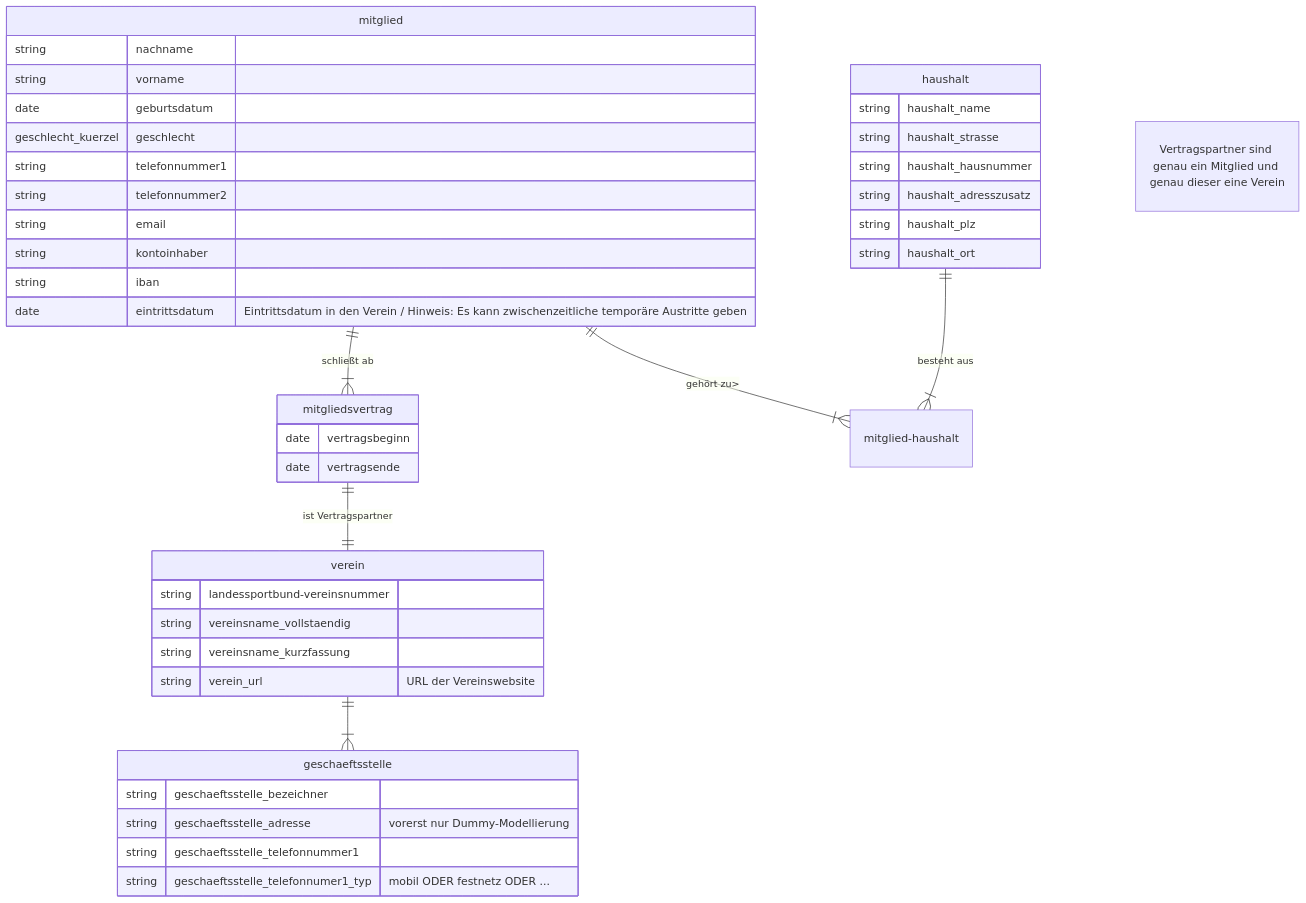
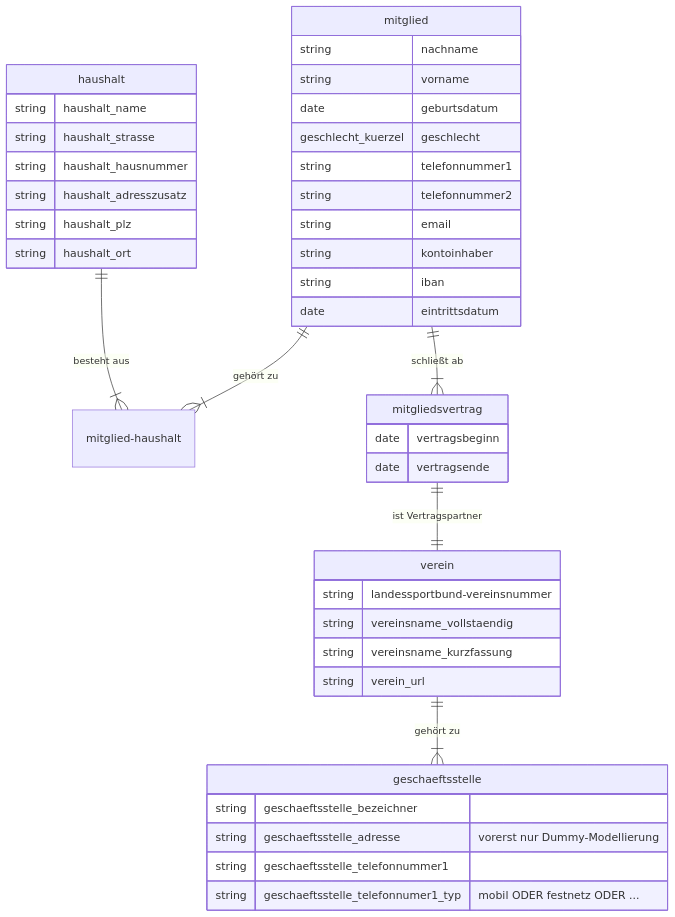
One commit to Lehrstuhl-BWL-EvIS/sportyweb changed the diagram in database-schema/sportyweb-schema.md. Above: the diagram before and after it, drawn with Mermaid.

````diff
--- a/database-schema/sportyweb-schema.md
+++ b/database-schema/sportyweb-schema.md
@@ -28,54 +28,53 @@
 ```mermaid
 erDiagram
+
+          mitglied ||--|{ mitglied-haushalt : "gehört zu"
+          haushalt ||--|{ mitglied-haushalt : "besteht aus"
+          mitglied ||--|{ mitgliedsvertrag : "schließt ab"
+          mitgliedsvertrag ||--|| verein : "ist Vertragspartner"
+          verein ||--|{ geschaeftsstelle : "gehört zu"
+
           mitglied {
             string nachname
             string vorname
             date geburtsdatum
             geschlecht_kuerzel geschlecht
             string telefonnummer1
             string telefonnummer2
             string email
             string kontoinhaber
             string iban
-            date eintrittsdatum "Eintrittsdatum in den Verein / Hinweis: Es kann zwischenzeitliche temporäre Austritte geben"
+            date eintrittsdatum 
           }
 
           haushalt {
             string haushalt_name
             string haushalt_strasse
             string haushalt_hausnummer
             string haushalt_adresszusatz
             string haushalt_plz
             string haushalt_ort
           }
 
           mitgliedsvertrag {
             date vertragsbeginn
             date vertragsende
           }
 
           verein {
             string landessportbund-vereinsnummer
             string vereinsname_vollstaendig
             string vereinsname_kurzfassung
-            string verein_url "URL der Vereinswebsite"
+            string verein_url
           }
 
           geschaeftsstelle {
             string geschaeftsstelle_bezeichner
             string geschaeftsstelle_adresse "vorerst nur Dummy-Modellierung"
             string geschaeftsstelle_telefonnummer1
             string geschaeftsstelle_telefonnumer1_typ "mobil ODER festnetz ODER ..."
           }
 
-          mitglied ||--|{ mitglied-haushalt : "gehört zu>"
-          haushalt ||--|{ mitglied-haushalt : "besteht aus"
-          mitglied ||--|{ mitgliedsvertrag : "schließt ab"
-          
-"Vertragspartner sind genau ein Mitglied und genau dieser eine Verein"
 
-          mitgliedsvertrag ||--|| verein : "ist Vertragspartner"
-
-          verein ||--|{ geschaeftsstelle : "<gehört zu"
 
 ```
````
